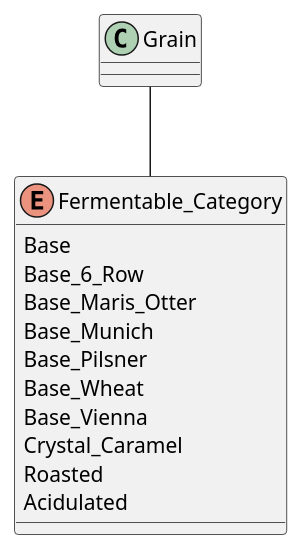
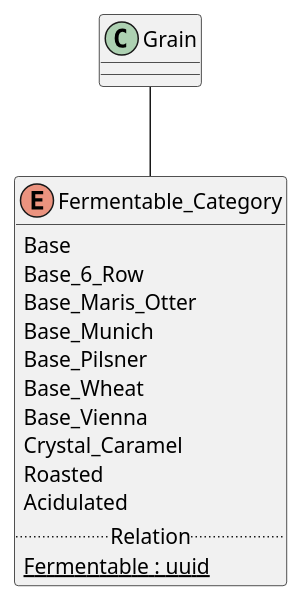
One commit to asbor/iu-project-software-engineering changed the diagram in documents/docs/plantuml/ERD/ingredients/Fermentable/Fermentable_Category.puml. Above: the diagram before and after it, drawn with PlantUML. The commit also changed 75 other files, not shown here.

```diff
--- a/documents/docs/plantuml/ERD/ingredients/Fermentable/Fermentable_Category.puml
+++ b/documents/docs/plantuml/ERD/ingredients/Fermentable/Fermentable_Category.puml
@@ -1,16 +1,18 @@
 @startuml
 enum "Fermentable_Category" {
     Base
     Base_6_Row
     Base_Maris_Otter
     Base_Munich
     Base_Pilsner
     Base_Wheat
     Base_Vienna
     Crystal_Caramel
     Roasted
     Acidulated
+    ..Relation..
+    {static} Fermentable : uuid
 }
 
 Grain -- Fermentable_Category
 @enduml
```
